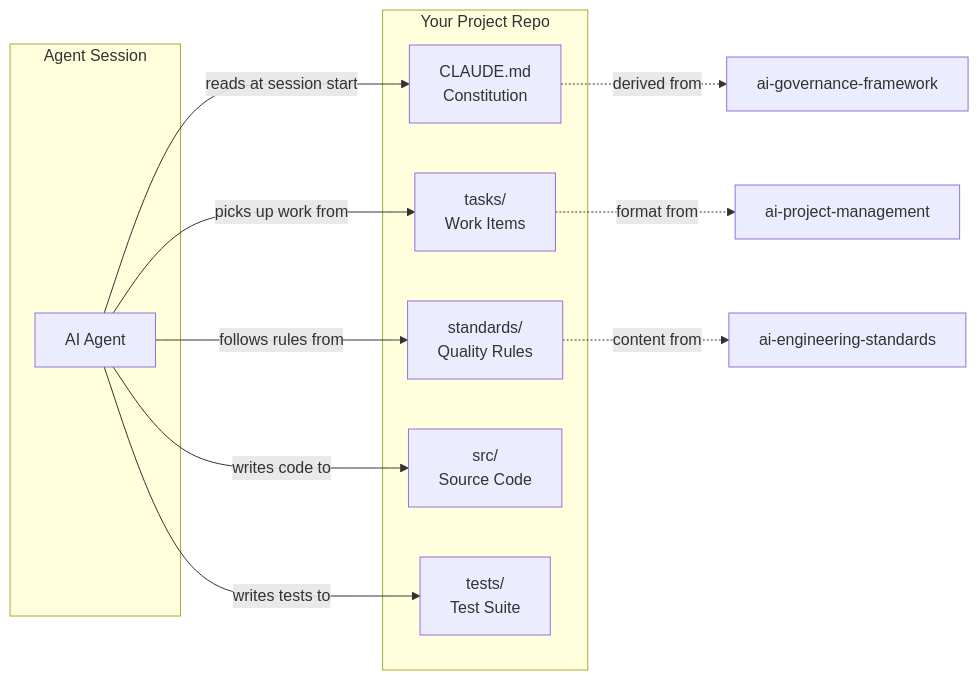
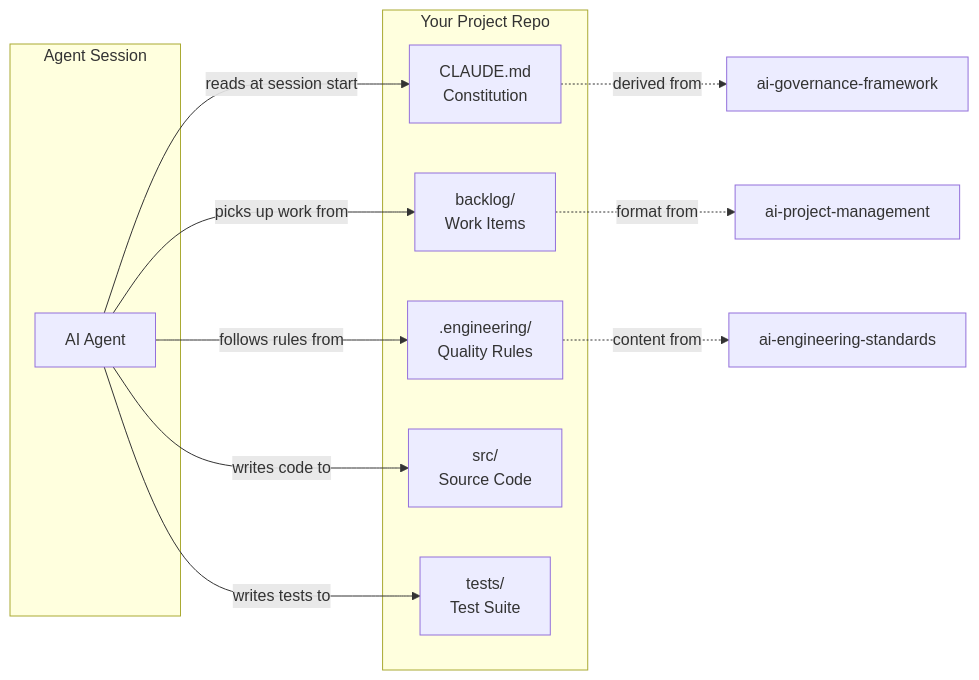
One commit to EduardPetraeus/agentic-engineering changed the second of 3 diagrams in assets/architecture-diagram.md. Above: the diagram before and after it, drawn with Mermaid. The commit also changed 13 other files, not shown here.

````diff
--- a/assets/architecture-diagram.md
+++ b/assets/architecture-diagram.md
@@ -23,24 +23,24 @@
 ```mermaid
 graph LR
     subgraph "Your Project Repo"
         CM[CLAUDE.md<br/>Constitution]
-        T[tasks/<br/>Work Items]
-        S[standards/<br/>Quality Rules]
+        T[backlog/<br/>Work Items]
+        S[.engineering/<br/>Quality Rules]
         SRC[src/<br/>Source Code]
         TST[tests/<br/>Test Suite]
     end
 
     subgraph "Agent Session"
         AG[AI Agent]
     end
 
     AG -->|reads at session start| CM
     AG -->|picks up work from| T
     AG -->|follows rules from| S
     AG -->|writes code to| SRC
     AG -->|writes tests to| TST
 
     CM -.->|derived from| GOV[ai-governance-framework]
     T -.->|format from| PM[ai-project-management]
     S -.->|content from| ES[ai-engineering-standards]
 ```
````
